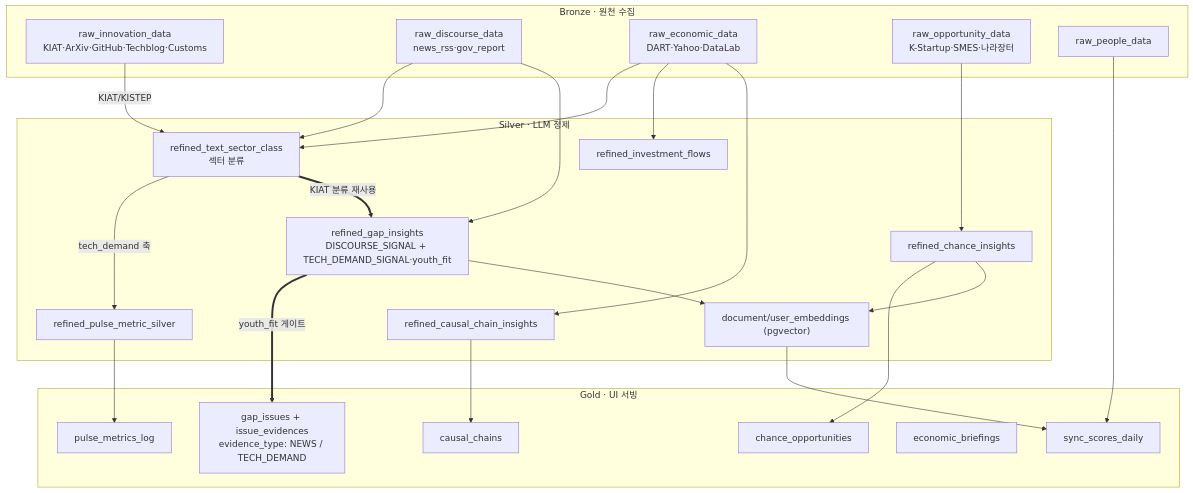
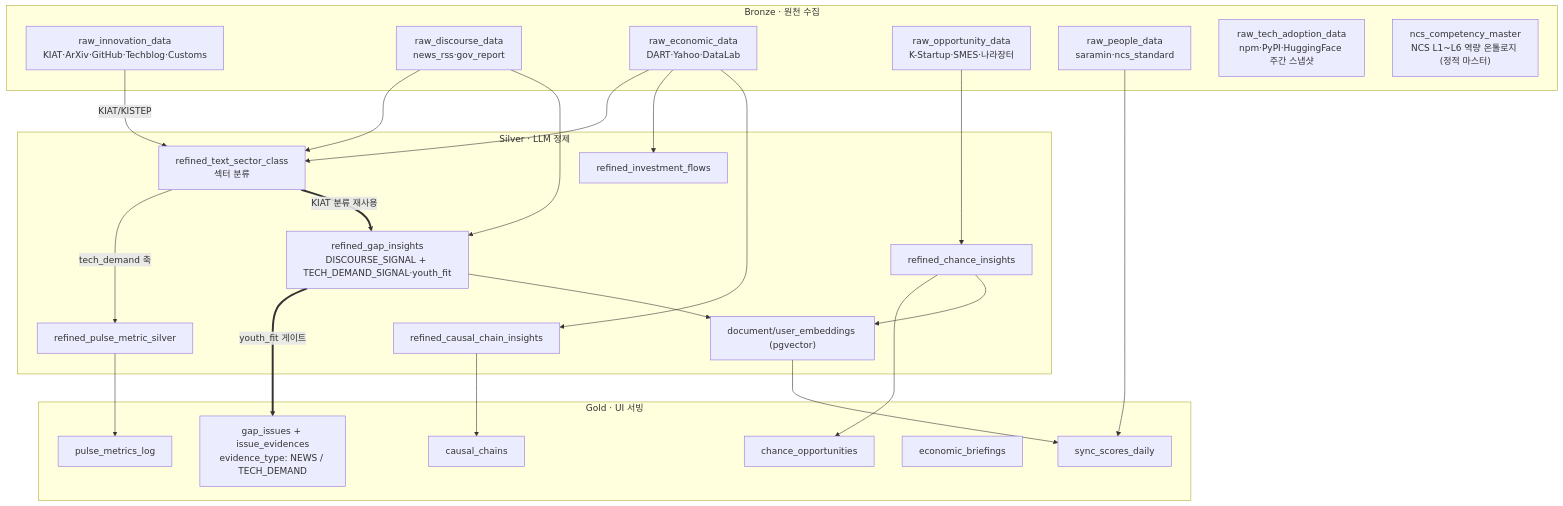
The diagram in backend/docs/erd.md (yeotaeho/roadmap), drawn with Mermaid before and after one commit. The commit also changed other lines of this file and 8 other files, not shown here.

First line of the commit message:
feat(bronze): raw_tech_adoption_data 신설 — npm·PyPI·HuggingFace 주간 스냅샷

````diff
--- a/backend/docs/erd.md
+++ b/backend/docs/erd.md
@@ -119,43 +125,45 @@
 ```mermaid
 flowchart TD
     subgraph Bronze["Bronze · 원천 수집"]
         IN["raw_innovation_data<br/>KIAT·ArXiv·GitHub·Techblog·Customs"]
         DI["raw_discourse_data<br/>news_rss·gov_report"]
         EC["raw_economic_data<br/>DART·Yahoo·DataLab"]
         OP["raw_opportunity_data<br/>K-Startup·SMES·나라장터"]
-        PE["raw_people_data"]
+        PE["raw_people_data<br/>saramin·ncs_standard"]
+        TA["raw_tech_adoption_data<br/>npm·PyPI·HuggingFace 주간 스냅샷"]
+        NCS["ncs_competency_master<br/>NCS L1~L6 역량 온톨로지 (정적 마스터)"]
     end
     subgraph Silver["Silver · LLM 정제"]
         TC["refined_text_sector_class<br/>섹터 분류"]
         GAP["refined_gap_insights<br/>DISCOURSE_SIGNAL + TECH_DEMAND_SIGNAL·youth_fit"]
         CH["refined_chance_insights"]
         INV["refined_investment_flows"]
         CA["refined_causal_chain_insights"]
         PS["refined_pulse_metric_silver"]
         EMB["document/user_embeddings (pgvector)"]
     end
     subgraph Gold["Gold · UI 서빙"]
         PM["pulse_metrics_log"]
         GI["gap_issues + issue_evidences<br/>evidence_type: NEWS / TECH_DEMAND"]
         CO["chance_opportunities"]
         SY["sync_scores_daily"]
         BR["economic_briefings"]
         CC["causal_chains"]
     end
 
     EC --> TC
     DI --> TC
     IN -->|KIAT/KISTEP| TC
     TC -->|tech_demand 축| PS
     DI --> GAP
     TC == KIAT 분류 재사용 ==> GAP
     GAP == youth_fit 게이트 ==> GI
     OP --> CH --> CO
     EC --> INV
     EC --> CA --> CC
     PS --> PM
     GAP --> EMB
     CH --> EMB
     PE --> SY
     EMB --> SY
 ```
````
